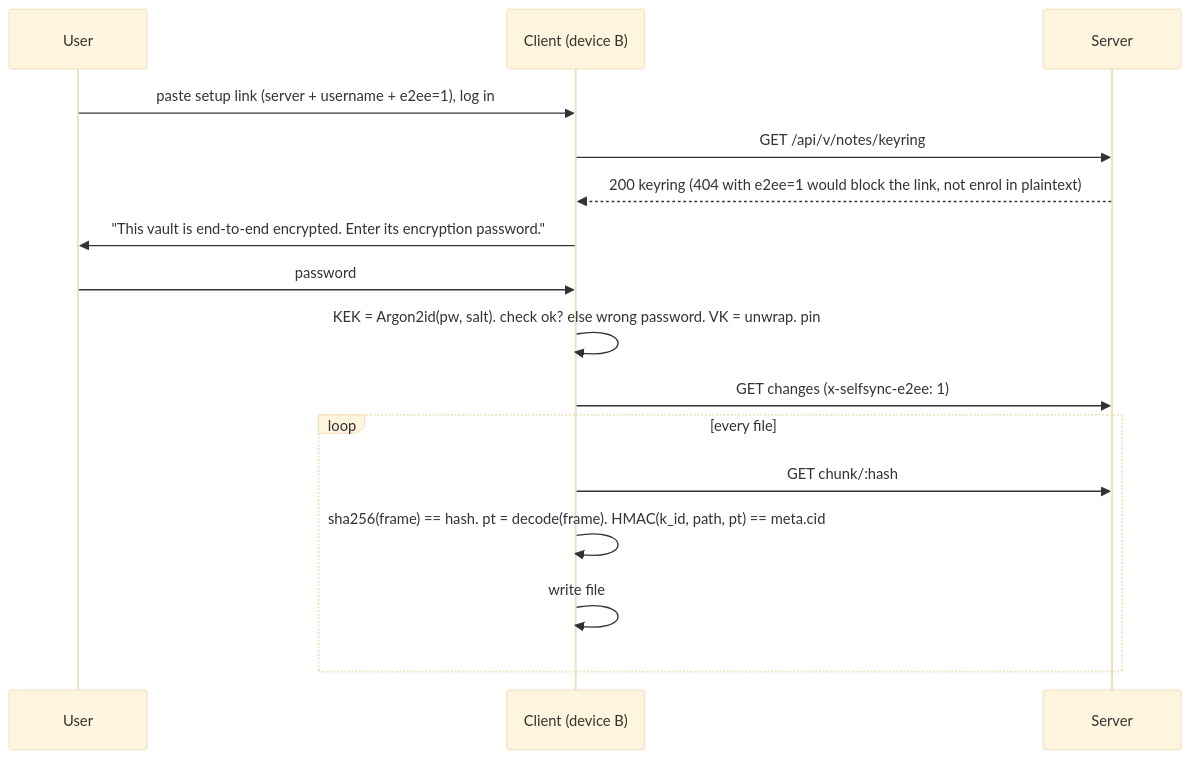
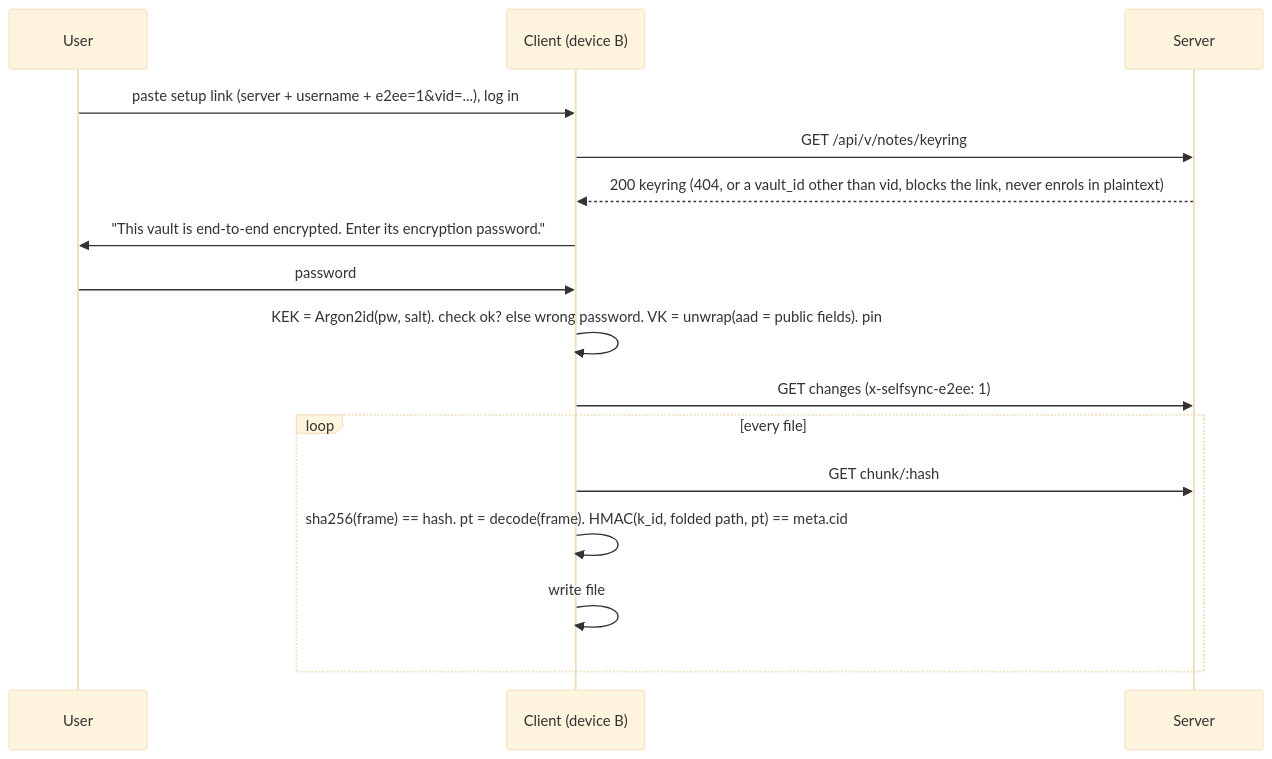
One commit to williamweatherholtz/obsidian-selfsync changed the third of 4 diagrams in docs/design/specs/2026-11-10-e2ee-design.md. Above: the diagram before and after it, drawn with Mermaid (base theme). The commit also changed other lines of this file and 17 other files, not shown here.

````diff
--- a/docs/design/specs/2026-11-10-e2ee-design.md
+++ b/docs/design/specs/2026-11-10-e2ee-design.md
@@ -322,18 +377,18 @@
 ```mermaid
 sequenceDiagram
     participant U as User
     participant B as Client (device B)
     participant S as Server
-    U->>B: paste setup link (server + username + e2ee=1), log in
+    U->>B: paste setup link (server + username + e2ee=1&vid=...), log in
     B->>S: GET /api/v/notes/keyring
-    S-->>B: 200 keyring (404 with e2ee=1 would block the link, not enrol in plaintext)
+    S-->>B: 200 keyring (404, or a vault_id other than vid, blocks the link, never enrols in plaintext)
     B->>U: "This vault is end-to-end encrypted. Enter its encryption password."
     U->>B: password
-    B->>B: KEK = Argon2id(pw, salt). check ok? else wrong password. VK = unwrap. pin
+    B->>B: KEK = Argon2id(pw, salt). check ok? else wrong password. VK = unwrap(aad = public fields). pin
     B->>S: GET changes (x-selfsync-e2ee: 1)
     loop every file
         B->>S: GET chunk/:hash
-        B->>B: sha256(frame) == hash. pt = decode(frame). HMAC(k_id, path, pt) == meta.cid
+        B->>B: sha256(frame) == hash. pt = decode(frame). HMAC(k_id, folded path, pt) == meta.cid
         B->>B: write file
     end
 ```
````
